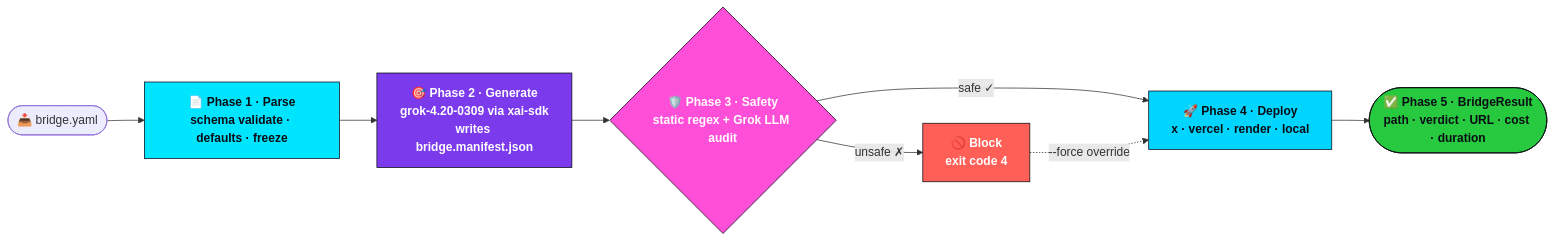
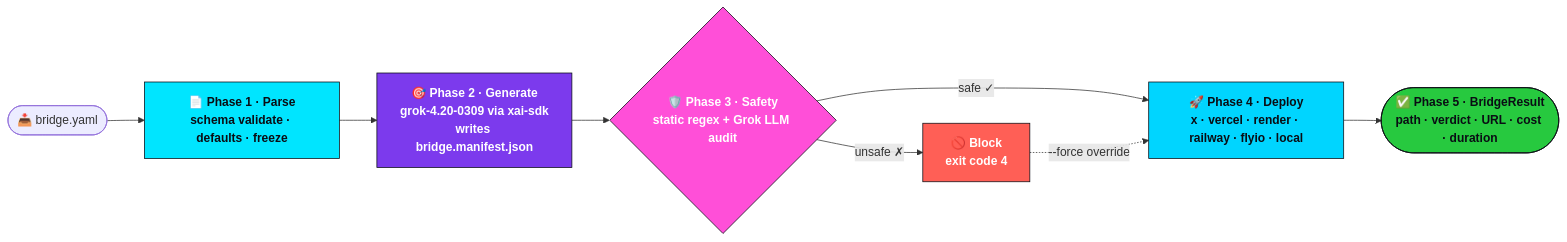
The second of 2 diagrams in README.md (AgentMindCloud/grok-build-bridge), drawn with Mermaid before and after one commit. The commit also changed other lines of this file and 7 other files, not shown here.

````diff
--- a/README.md
+++ b/README.md
@@ -210,18 +210,18 @@
 ```mermaid
 flowchart LR
     classDef parse  fill:#00E5FF,stroke:#0A0D14,color:#0A0D14,font-weight:bold
     classDef gen    fill:#7C3AED,stroke:#0A0D14,color:#FFFFFF,font-weight:bold
     classDef safety fill:#FF4FD8,stroke:#0A0D14,color:#FFFFFF,font-weight:bold
     classDef deploy fill:#00D5FF,stroke:#0A0D14,color:#0A0D14,font-weight:bold
     classDef result fill:#27C93F,stroke:#0A0D14,color:#0A0D14,font-weight:bold
     classDef block  fill:#FF5F56,stroke:#0A0D14,color:#FFFFFF,font-weight:bold
 
     Y([📥 bridge.yaml]) --> A
     A["📄 Phase 1 · Parse<br/>schema validate · defaults · freeze"]:::parse --> B
     B["🎯 Phase 2 · Generate<br/>grok-4.20-0309 via xai-sdk<br/>writes bridge.manifest.json"]:::gen --> C
     C{"🛡️ Phase 3 · Safety<br/>static regex + Grok LLM audit"}:::safety
-    C -->|"safe ✓"| D["🚀 Phase 4 · Deploy<br/>x · vercel · render · local"]:::deploy
+    C -->|"safe ✓"| D["🚀 Phase 4 · Deploy<br/>x · vercel · render · railway · flyio · local"]:::deploy
     C -->|"unsafe ✗"| BLK["🚫 Block<br/>exit code 4"]:::block
     D --> E([✅ Phase 5 · BridgeResult<br/>path · verdict · URL · cost · duration]):::result
     BLK -. "--force override" .-> D
 ```
````
